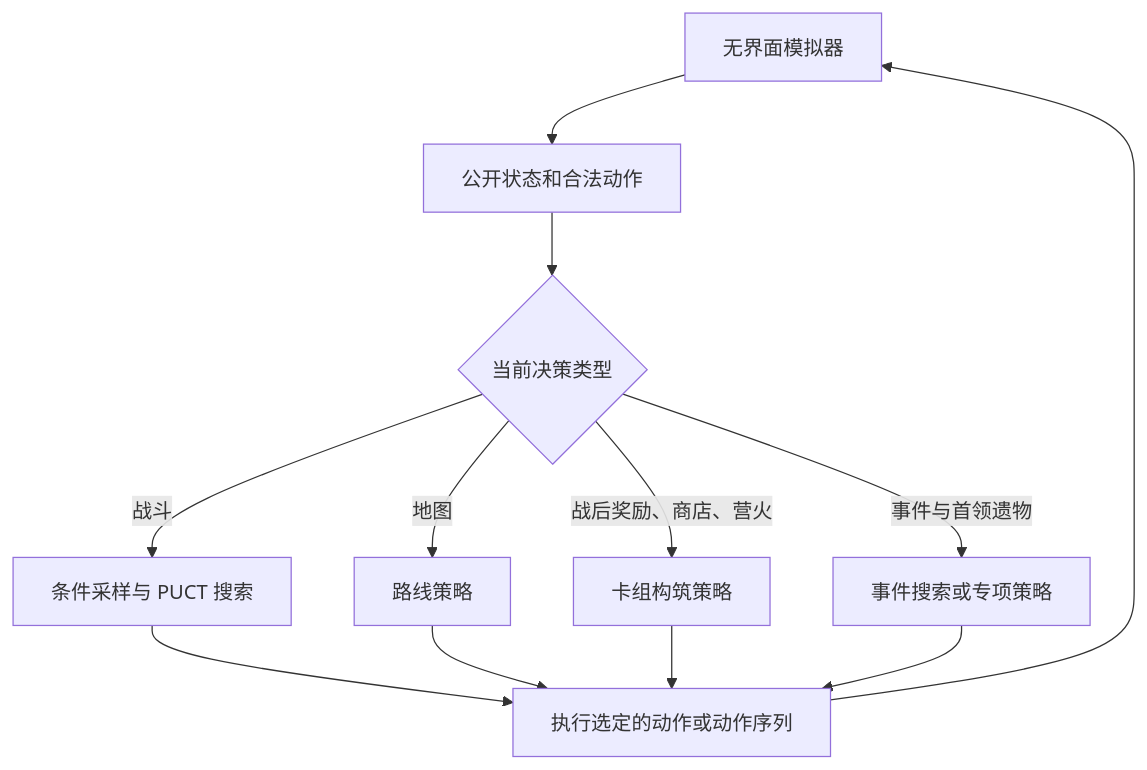
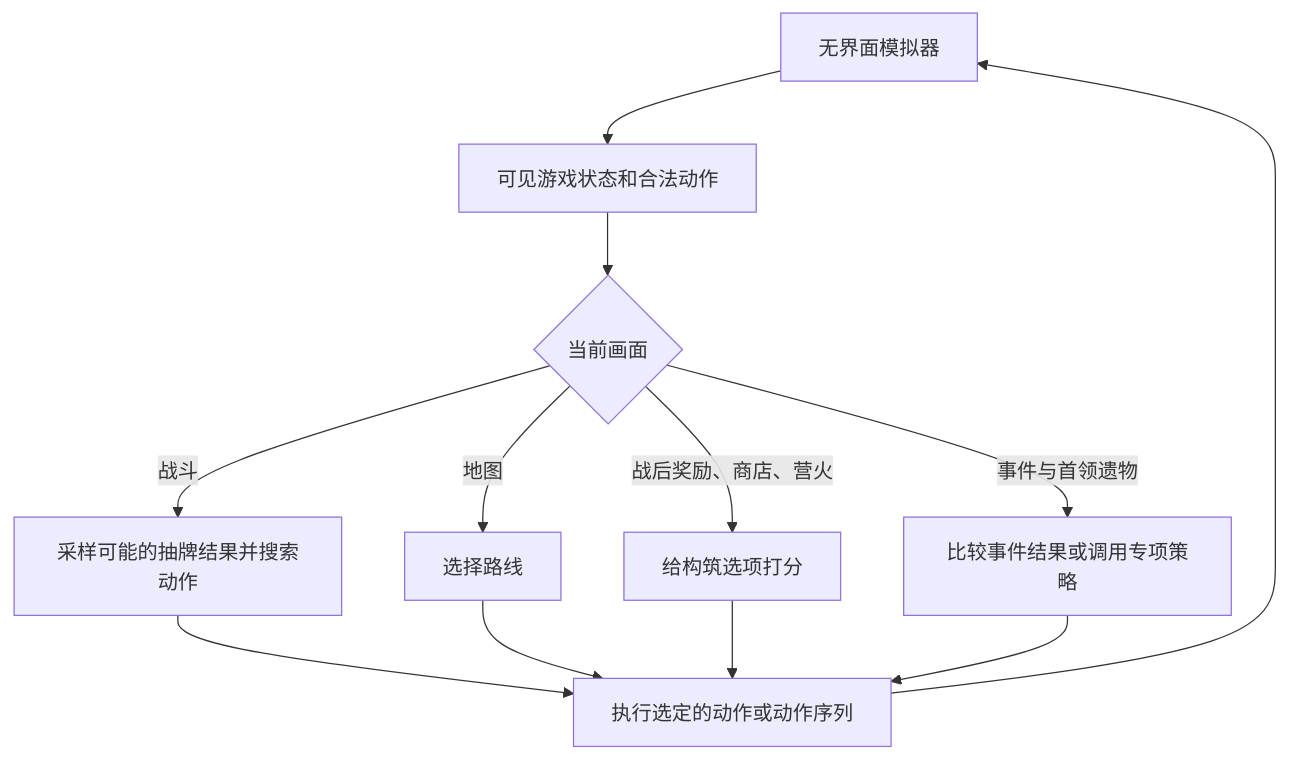
Before and after one commit to EthanH3514/slay_the_spire_ai: the diagram in README.zh-CN.md, drawn with Mermaid. The commit also changed other lines of this file and 5 other files, not shown here.

````diff
--- a/README.zh-CN.md
+++ b/README.zh-CN.md
@@ -14,14 +51,14 @@
 ```mermaid
 flowchart TD
-    simulator["无界面模拟器"] --> observation["公开状态和合法动作"]
-    observation --> decision{"当前决策类型"}
-    decision -->|战斗| combat["条件采样与 PUCT 搜索"]
-    decision -->|地图| route["路线策略"]
-    decision -->|战后奖励、商店、营火| deck["卡组构筑策略"]
-    decision -->|事件与首领遗物| event["事件搜索或专项策略"]
+    simulator["无界面模拟器"] --> observation["可见游戏状态和合法动作"]
+    observation --> decision{"当前画面"}
+    decision -->|战斗| combat["采样可能的抽牌结果并搜索动作"]
+    decision -->|地图| route["选择路线"]
+    decision -->|战后奖励、商店、营火| deck["给构筑选项打分"]
+    decision -->|事件与首领遗物| event["比较事件结果或调用专项策略"]
     combat --> execute["执行选定的动作或动作序列"]
     route --> execute
     deck --> execute
     event --> execute
     execute --> simulator
 ```
````
